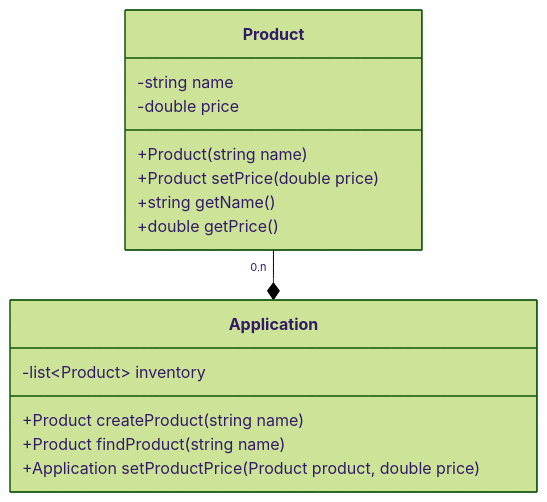
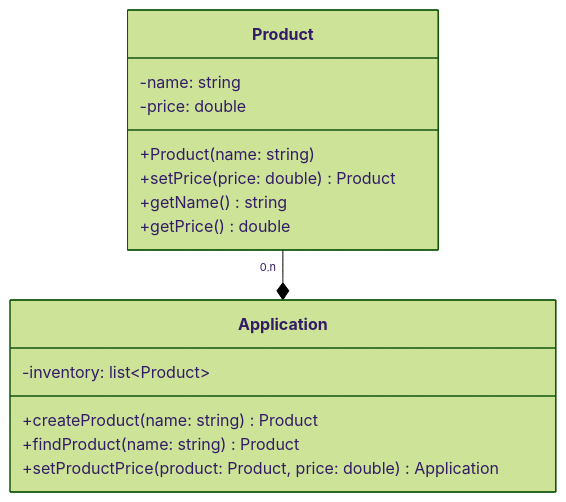
Before and after one commit to esirem-chassel/3aa-progadv: the second of 9 diagrams in Activités/act2-uml-basics.md, drawn with Mermaid (forest theme). The commit also changed other lines of this file, not shown here.

````diff
--- a/Activités/act2-uml-basics.md
+++ b/Activités/act2-uml-basics.md
@@ -57,20 +57,20 @@
 ```mermaid
 classDiagram
   class Product {
-    -string name
-    -double price
-    +Product(string name)
-    +Product setPrice(double price)
-    +string getName()
-    +double getPrice()
+    -name: string
+    -price: double
+    +Product(name: string)
+    +setPrice(price: double) Product
+    +getName() string
+    +getPrice() double
   }
 
   class Application {
-    -list~Product~ inventory
-    +Product createProduct(string name)
-    +Product findProduct(string name)
-    +Application setProductPrice(Product product, double price)
+    -inventory: list~Product~
+    +createProduct(name: string) Product
+    +findProduct(name: string) Product
+    +setProductPrice(product: Product, price: double) Application
   }
 
   Product "0,n" --* Application
 ```
````
